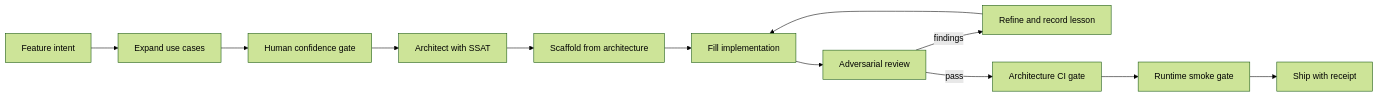
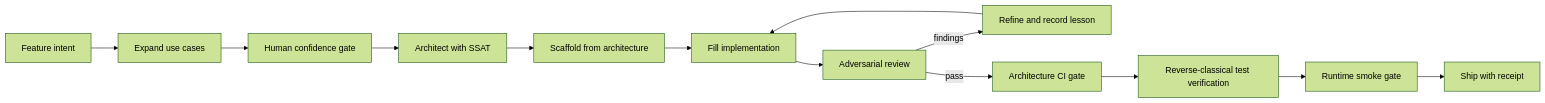
The diagram in README.md (zrk222/code-factory-2-forge), drawn with Mermaid (forest theme) before and after one commit. The commit also changed other lines of this file and 11 other files, not shown here.

Commit message:
Add reverse-classical test verification

````diff
--- a/README.md
+++ b/README.md
@@ -18,14 +18,15 @@
 ```mermaid
 flowchart LR
     A["Feature intent"] --> B["Expand use cases"]
     B --> C["Human confidence gate"]
     C --> D["Architect with SSAT"]
     D --> E["Scaffold from architecture"]
     E --> F["Fill implementation"]
     F --> G["Adversarial review"]
     G -->|"findings"| H["Refine and record lesson"]
     H --> F
     G -->|"pass"| I["Architecture CI gate"]
-    I --> J["Runtime smoke gate"]
-    J --> K["Ship with receipt"]
+    I --> J["Reverse-classical test verification"]
+    J --> K["Runtime smoke gate"]
+    K --> L["Ship with receipt"]
 ```
````
